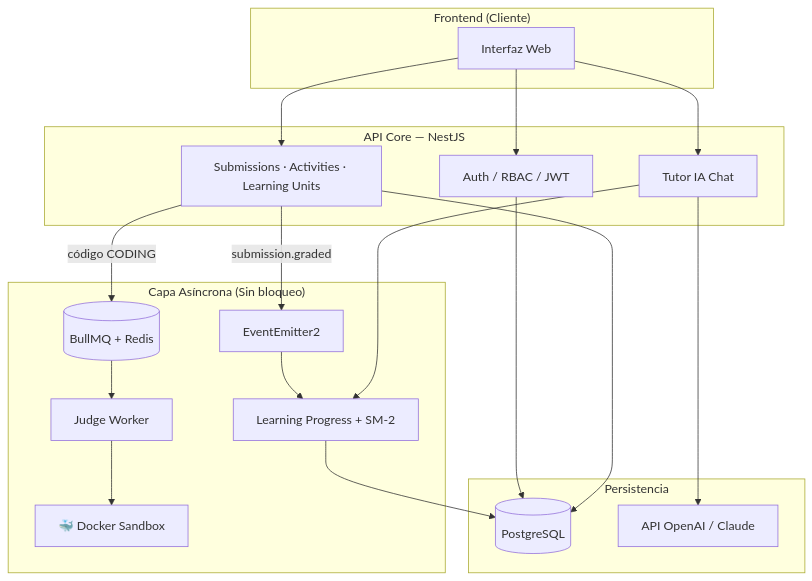
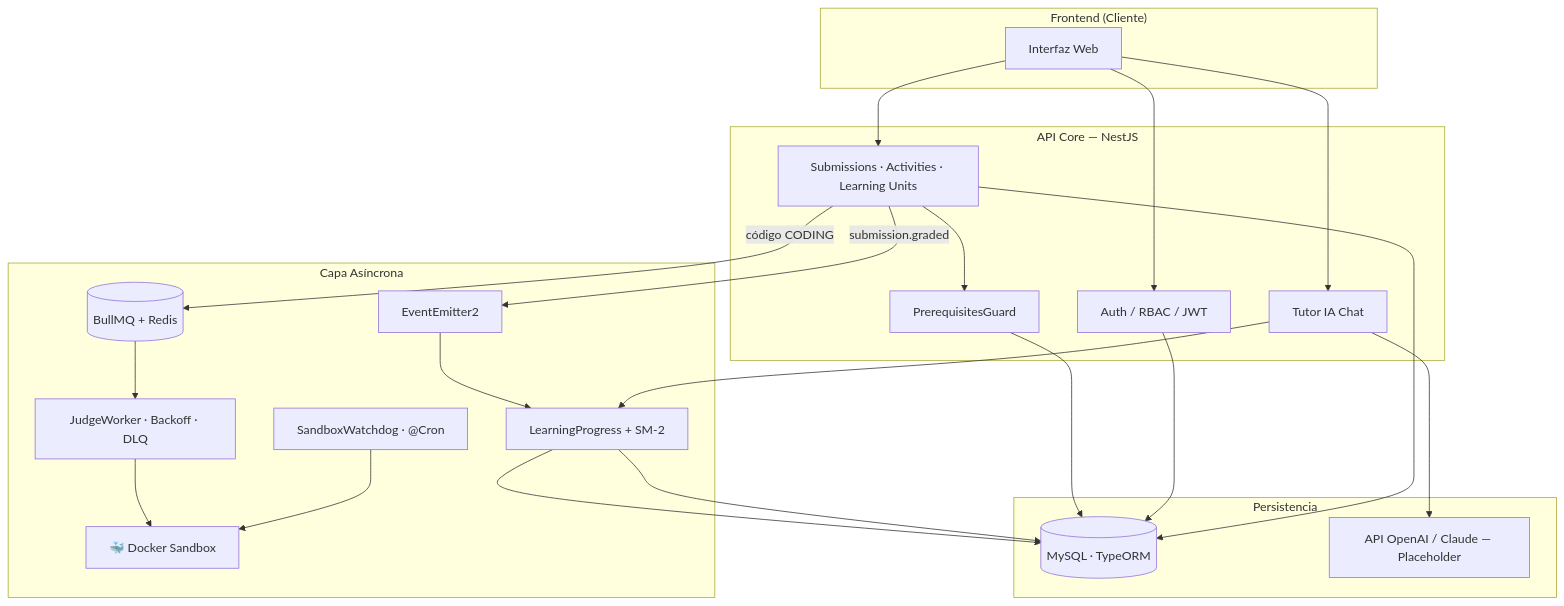
Before and after one commit to Jeider-Gomez/Stire-Soft: the diagram in docs/README.md, drawn with Mermaid. The commit also changed other lines of this file and 25 other files, not shown here.

Commit message:
feat: implement judge engine infrastructure, prerequisite guard, and foundational documentation system

````diff
--- a/docs/README.md
+++ b/docs/README.md
@@ -23,40 +79,39 @@
 ```mermaid
 graph TD
     subgraph "Frontend (Cliente)"
         UI[Interfaz Web]
     end
 
     subgraph "API Core — NestJS"
         Auth[Auth / RBAC / JWT]
         Core[Submissions · Activities · Learning Units]
         Tutor[Tutor IA Chat]
+        PrereqGuard[PrerequisitesGuard]
     end
 
-    subgraph "Capa Asíncrona (Sin bloqueo)"
+    subgraph "Capa Asíncrona"
         Queue[(BullMQ + Redis)]
-        Worker[Judge Worker]
+        Worker[JudgeWorker · Backoff · DLQ]
         Docker[🐳 Docker Sandbox]
+        Watchdog[SandboxWatchdog · @Cron]
         Events[EventEmitter2]
-        Progress[Learning Progress + SM-2]
+        Progress[LearningProgress + SM-2]
     end
 
     subgraph "Persistencia"
-        DB[(PostgreSQL)]
-        ExtAI[API OpenAI / Claude]
+        DB[(MySQL · TypeORM)]
+        ExtAI[API OpenAI / Claude — Placeholder]
     end
 
     UI --> Auth
     UI --> Core
     UI --> Tutor
-
+    Core --> PrereqGuard --> DB
     Core -- "código CODING" --> Queue
     Queue --> Worker --> Docker
-    Core -- "submission.graded" --> Events --> Progress
-
+    Watchdog --> Docker
+    Core -- "submission.graded" --> Events --> Progress --> DB
     Tutor --> ExtAI
     Tutor --> Progress
-
-    Auth --> DB
-    Core --> DB
-    Progress --> DB
+    Auth & Core & Progress --> DB
 ```
````
